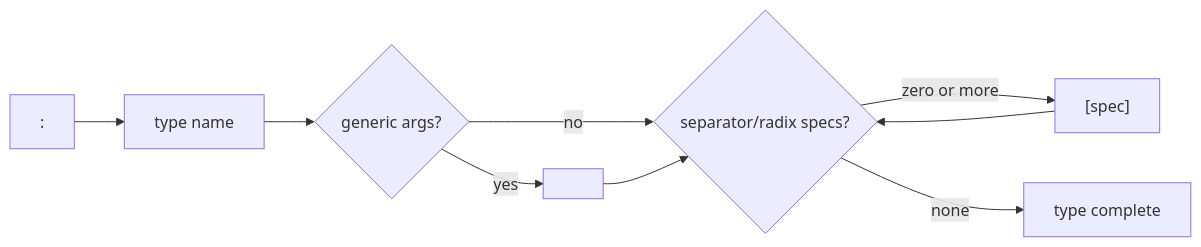
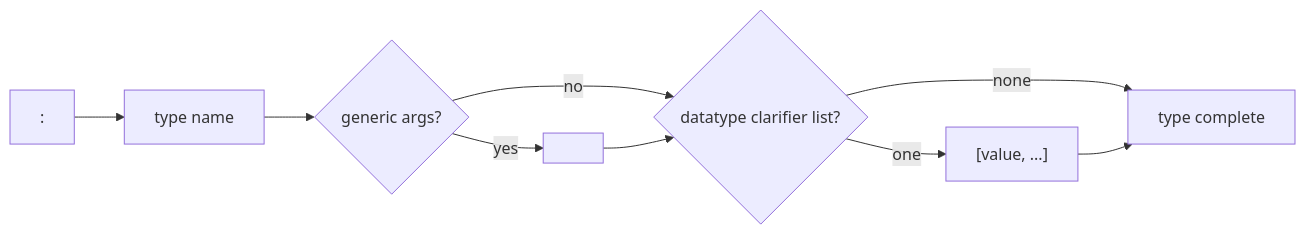
One commit to aeonite-org/aeonite-specs changed the fourth of 7 diagrams in aeon/v1/drafts/appendices/appendix-grammar-flow.md. Above: the diagram before and after it, drawn with Mermaid. The commit also changed 1 other file, not shown here.

Commit message:
Clarify datatype clarifier grammar and semantics
Updates the grammar flow appendix to model datatype clarifiers as a single optional list (`[value, ...]`) instead of repeatable spec blocks, and renames the decision point accordingly. Also refines typed-mode rules to state that clarifiers are never required in typed modes and are preserved as datatype claims for interpretation by profiles, schemas, or consumers.

````diff
--- a/aeon/v1/drafts/appendices/appendix-grammar-flow.md
+++ b/aeon/v1/drafts/appendices/appendix-grammar-flow.md
@@ -137,11 +137,11 @@
 ```mermaid
 flowchart LR
   COLON[":"] --> NAME["type name"]
   NAME --> GEN{"generic args?"}
   GEN -->|yes| G["<type, ...>"]
-  GEN -->|no| SPEC{"separator/radix specs?"}
+  GEN -->|no| SPEC{"datatype clarifier list?"}
   G --> SPEC
-  SPEC -->|zero or more| S["[spec]"]
+  SPEC -->|one| S["[value, ...]"]
   SPEC -->|none| DONE["type complete"]
-  S --> SPEC
+  S --> DONE
 ```
````
